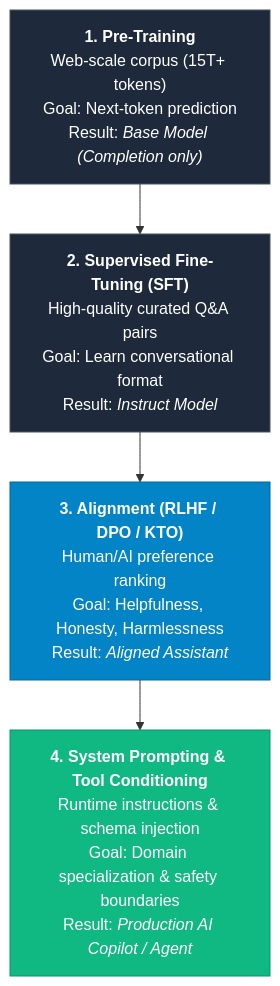
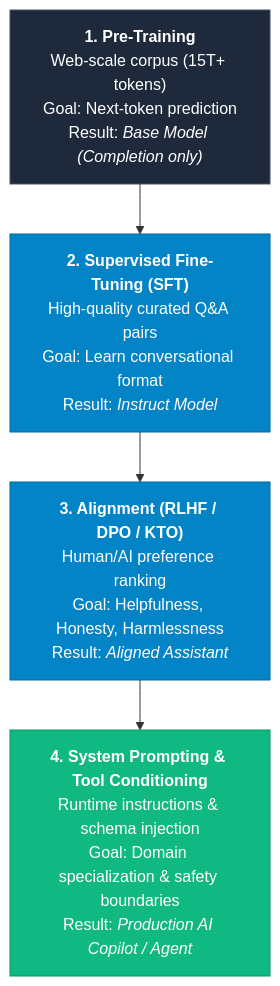
The second of 13 diagrams in cheatsheets/AI_Engineering_Cheatsheet.md (kumaratul60/System-Design), drawn with Mermaid before and after one commit. The commit also changed other lines of this file and 4 other files, not shown here.

````diff
--- a/cheatsheets/AI_Engineering_Cheatsheet.md
+++ b/cheatsheets/AI_Engineering_Cheatsheet.md
@@ -173,11 +190,11 @@
 ```mermaid
 flowchart TD
     A["<b>1. Pre-Training</b><br/>Web-scale corpus (15T+ tokens)<br/>Goal: Next-token prediction<br/>Result: <i>Base Model (Completion only)</i>"] --> B["<b>2. Supervised Fine-Tuning (SFT)</b><br/>High-quality curated Q&A pairs<br/>Goal: Learn conversational format<br/>Result: <i>Instruct Model</i>"]
     B --> C["<b>3. Alignment (RLHF / DPO / KTO)</b><br/>Human/AI preference ranking<br/>Goal: Helpfulness, Honesty, Harmlessness<br/>Result: <i>Aligned Assistant</i>"]
     C --> D["<b>4. System Prompting & Tool Conditioning</b><br/>Runtime instructions & schema injection<br/>Goal: Domain specialization & safety boundaries<br/>Result: <i>Production AI Copilot / Agent</i>"]
 
     classDef s fill:#1e293b,stroke:#475569,color:#fff;
     classDef h fill:#0284c7,stroke:#0369a1,color:#fff;
     classDef a fill:#10b981,stroke:#059669,color:#fff;
-    class A,B s; class C h; class D a;
+    class A s; class B h; class C h; class D a;
 ```
````
